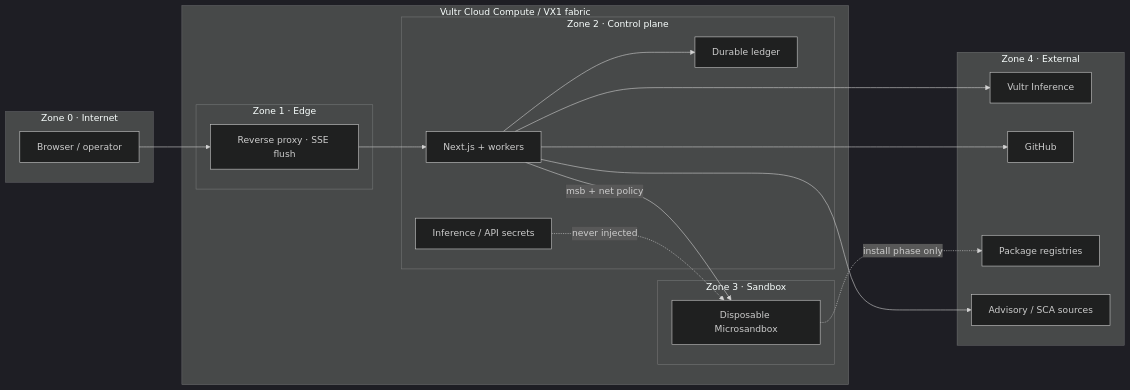
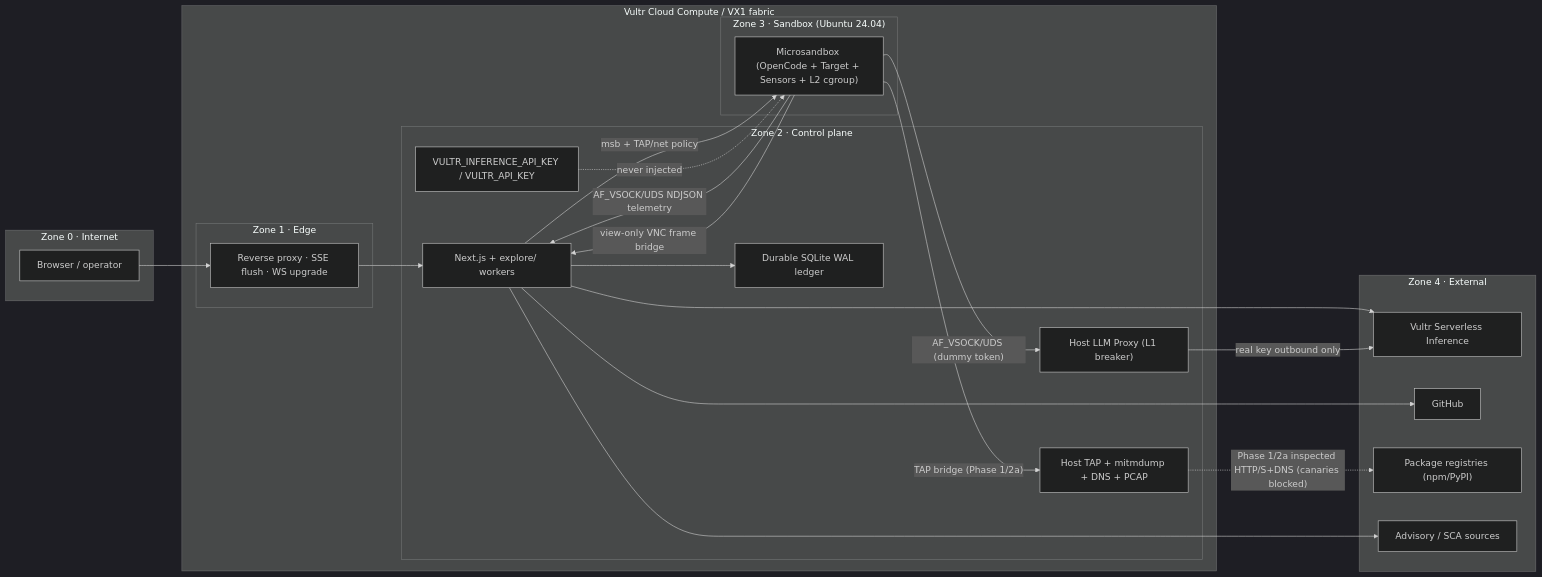
One commit to ludvigodin/killhub changed the second of 6 diagrams in ARCHITECTURE.md. Above: the diagram before and after it, drawn with Mermaid (dark theme). The commit also changed other lines of this file and 35 other files, not shown here.

````diff
--- a/ARCHITECTURE.md
+++ b/ARCHITECTURE.md
@@ -78,34 +93,41 @@
 ```mermaid
 flowchart LR
   subgraph Z0["Zone 0 · Internet"]
     Browser["Browser / operator"]
   end
   subgraph Host["Vultr Cloud Compute / VX1 fabric"]
     subgraph Z1["Zone 1 · Edge"]
-      Proxy["Reverse proxy · SSE flush"]
+      Proxy["Reverse proxy · SSE flush · WS upgrade"]
     end
     subgraph Z2["Zone 2 · Control plane"]
-      Next["Next.js + workers"]
-      Ledger["Durable ledger"]
-      Keys["Inference / API secrets"]
+      Next["Next.js + explore/ workers"]
+      Ledger["Durable SQLite WAL ledger"]
+      Keys["VULTR_INFERENCE_API_KEY / VULTR_API_KEY"]
+      LLMProxy["Host LLM Proxy (L1 breaker)"]
+      TapMon["Host TAP + mitmdump + DNS + PCAP"]
     end
-    subgraph Z3["Zone 3 · Sandbox"]
-      VM["Disposable Microsandbox"]
+    subgraph Z3["Zone 3 · Sandbox (Ubuntu 24.04)"]
+      VM["Microsandbox (OpenCode + Target + Sensors + L2 cgroup)"]
     end
   end
   subgraph Z4["Zone 4 · External"]
-    Inf["Vultr Inference"]
+    Inf["Vultr Serverless Inference"]
     GH["GitHub"]
-    Reg["Package registries"]
+    Reg["Package registries (npm/PyPI)"]
     Adv["Advisory / SCA sources"]
   end
   Browser --> Proxy
   Proxy --> Next
   Next --> Ledger
   Next --> Inf
+  LLMProxy -->|"real key outbound only"| Inf
   Next --> GH
-  Next -->|"msb + net policy"| VM
-  VM -.->|"install phase only"| Reg
+  Next -->|"msb + TAP/net policy"| VM
+  VM -->|"AF_VSOCK/UDS (dummy token)"| LLMProxy
+  VM -->|"AF_VSOCK/UDS NDJSON telemetry"| Next
+  VM -->|"view-only VNC frame bridge"| Next
+  VM -->|"TAP bridge (Phase 1/2a)"| TapMon
+  TapMon -.->|"Phase 1/2a inspected HTTP/S+DNS (canaries blocked)"| Reg
   Next --> Adv
   Keys -.->|"never injected"| VM
 ```
````
